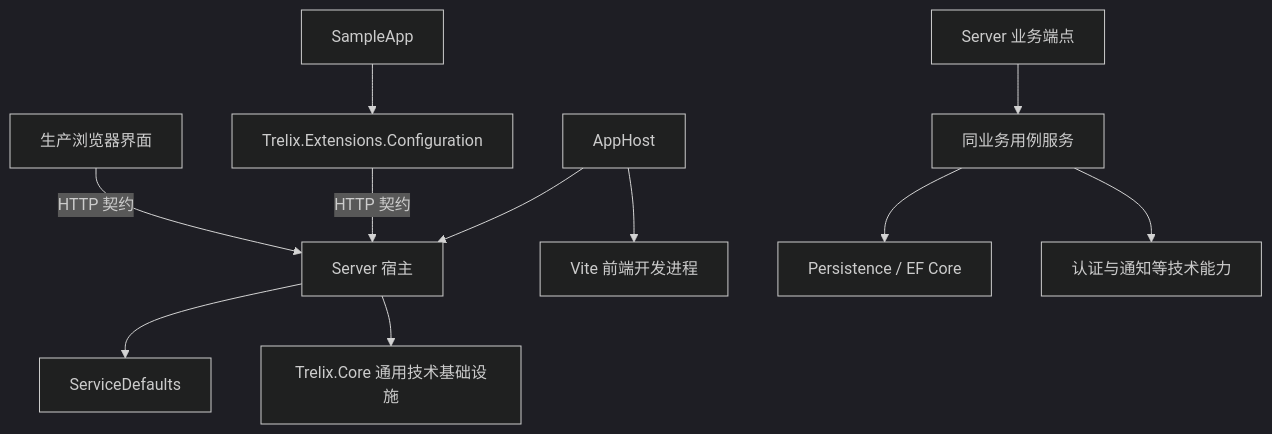
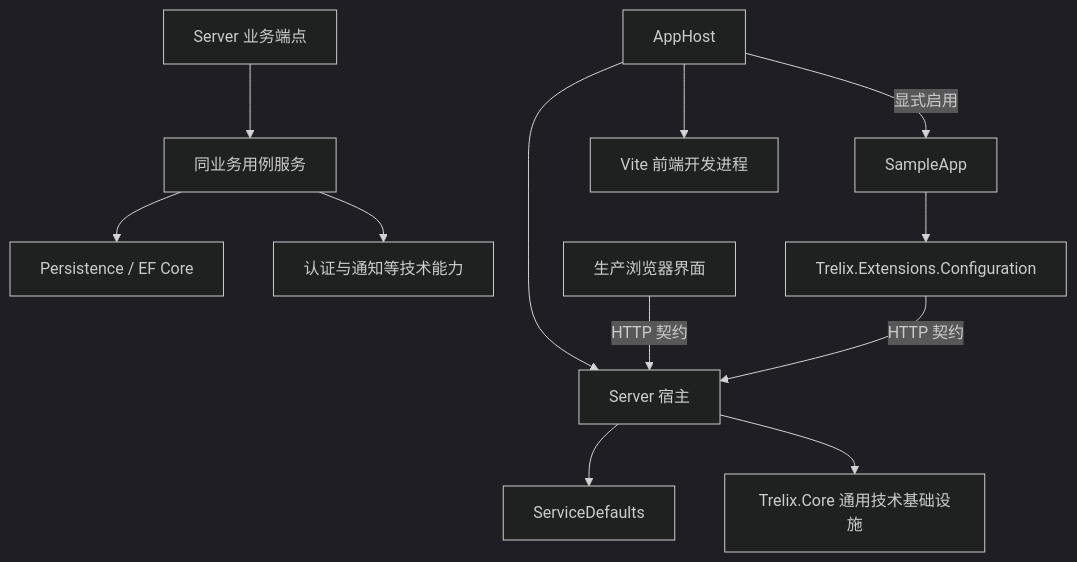
The first of 4 diagrams in docs/architecture.md (Patrick-Rex/Trelix), drawn with Mermaid (dark theme) before and after one commit. The commit also changed other lines of this file and 52 other files, not shown here.

````diff
--- a/docs/architecture.md
+++ b/docs/architecture.md
@@ -84,13 +84,14 @@
 ```mermaid
 flowchart TB
     AppHost[AppHost] --> Server[Server 宿主]
     AppHost --> Frontend[Vite 前端开发进程]
+    AppHost -->|显式启用| Sample
     Server --> Defaults[ServiceDefaults]
     Server --> Core[Trelix.Core 通用技术基础设施]
     Endpoints[Server 业务端点] --> UseCases[同业务用例服务]
     UseCases --> Persistence[Persistence / EF Core]
     UseCases --> Infrastructure[认证与通知等技术能力]
     Sample[SampleApp] --> SDK[Trelix.Extensions.Configuration]
     SDK -->|HTTP 契约| Server
     Browser[生产浏览器界面] -->|HTTP 契约| Server
 ```
````
